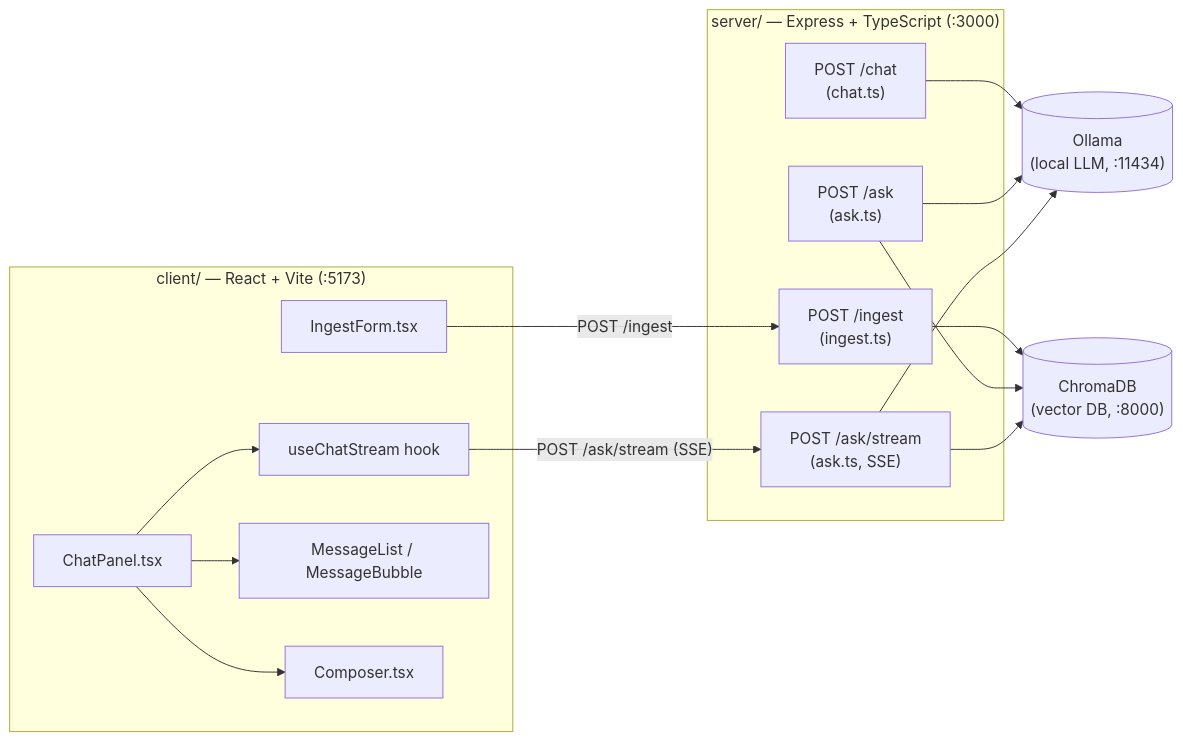
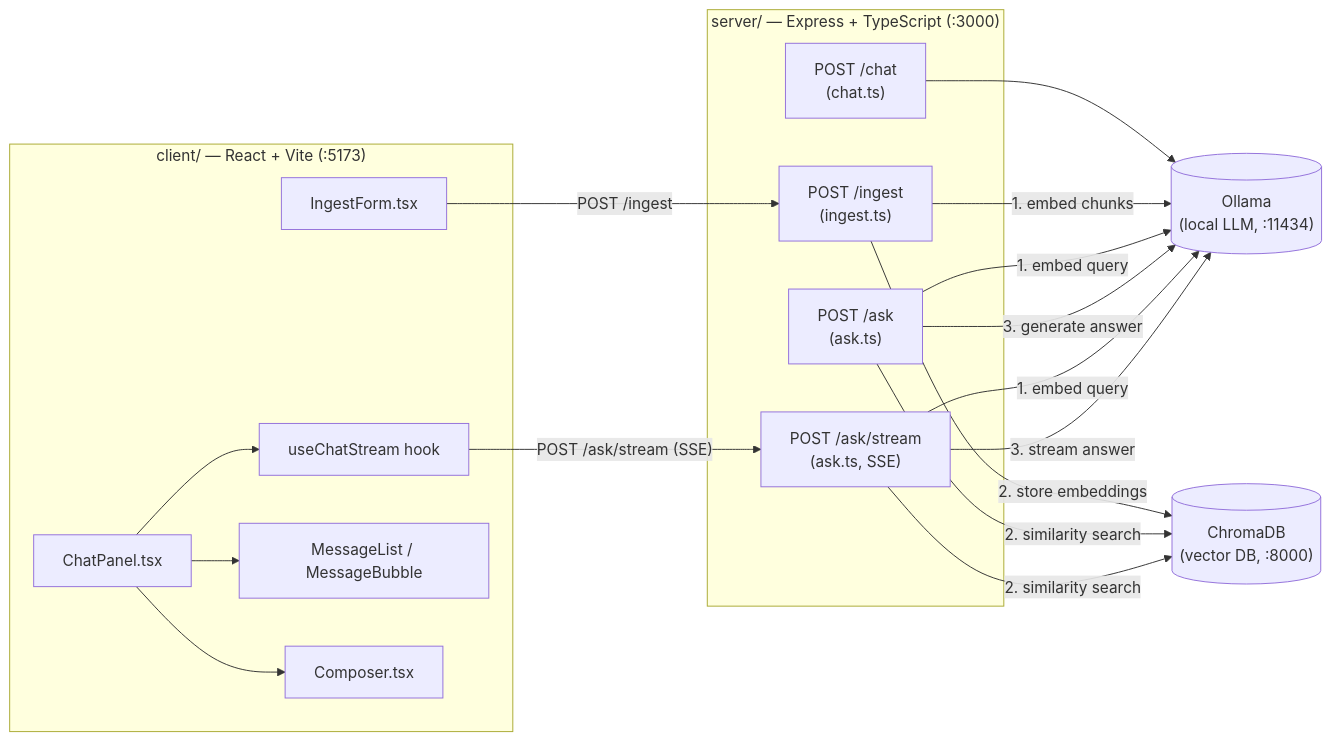
Before and after one commit to nevinmk/Local-RAG-API-with-LangChain: the diagram in README.md, drawn with Mermaid. The commit also changed 14 other files, not shown here.

````diff
--- a/README.md
+++ b/README.md
@@ -9,34 +9,40 @@
 ```mermaid
 graph LR
     subgraph Client["client/ — React + Vite (:5173)"]
         IngestForm["IngestForm.tsx"]
         ChatPanel["ChatPanel.tsx"]
         useChatStream["useChatStream hook"]
         MessageList["MessageList / MessageBubble"]
         Composer["Composer.tsx"]
 
         ChatPanel --> useChatStream
         ChatPanel --> MessageList
         ChatPanel --> Composer
     end
 
     subgraph Server["server/ — Express + TypeScript (:3000)"]
         ChatRoute["POST /chat\n(chat.ts)"]
         IngestRoute["POST /ingest\n(ingest.ts)"]
         AskRoute["POST /ask\n(ask.ts)"]
         AskStreamRoute["POST /ask/stream\n(ask.ts, SSE)"]
     end
 
     Ollama[("Ollama\n(local LLM, :11434)")]
     ChromaDB[("ChromaDB\n(vector DB, :8000)")]
 
     IngestForm -- "POST /ingest" --> IngestRoute
     useChatStream -- "POST /ask/stream (SSE)" --> AskStreamRoute
 
     ChatRoute --> Ollama
-    AskRoute --> Ollama
-    AskStreamRoute --> Ollama
-    IngestRoute --> ChromaDB
-    AskRoute --> ChromaDB
-    AskStreamRoute --> ChromaDB
+
+    IngestRoute -- "1. embed chunks" --> Ollama
+    IngestRoute -- "2. store embeddings" --> ChromaDB
+
+    AskRoute -- "1. embed query" --> Ollama
+    AskRoute -- "2. similarity search" --> ChromaDB
+    AskRoute -- "3. generate answer" --> Ollama
+
+    AskStreamRoute -- "1. embed query" --> Ollama
+    AskStreamRoute -- "2. similarity search" --> ChromaDB
+    AskStreamRoute -- "3. stream answer" --> Ollama
 ```
````
